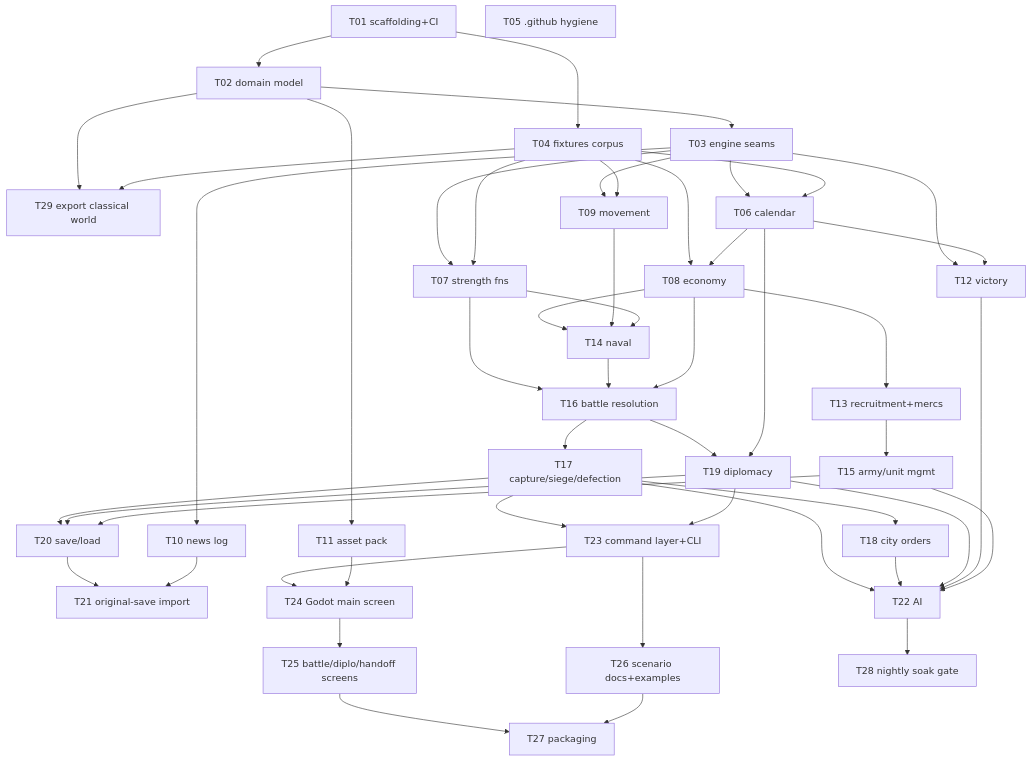
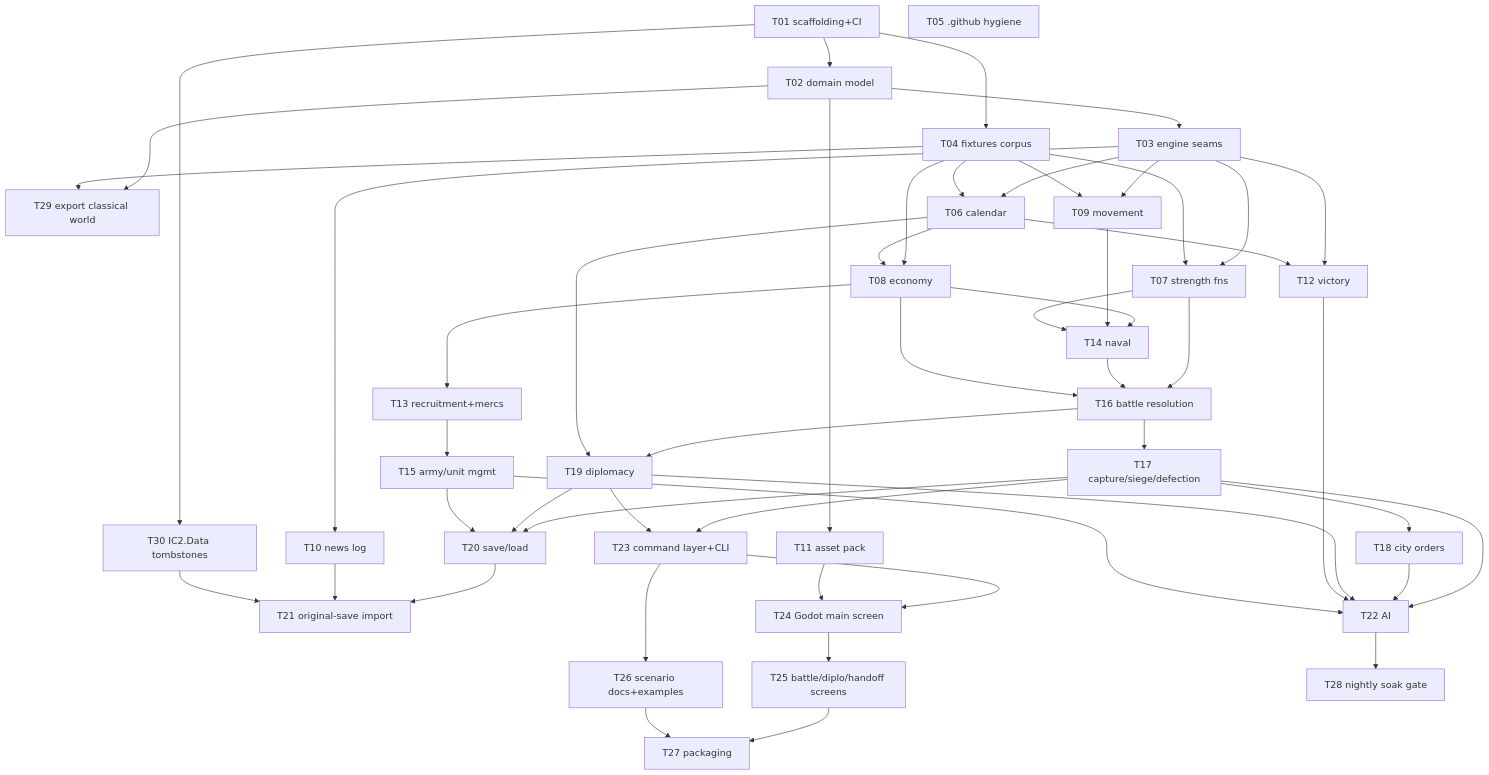
Before and after one commit to diegoami/imperial_conquest_2: the diagram in docs/build-orchestration-plan.md, drawn with Mermaid. The commit also changed other lines of this file, not shown here.

````diff
--- a/docs/build-orchestration-plan.md
+++ b/docs/build-orchestration-plan.md
@@ -154,57 +154,59 @@
 ```mermaid
 graph TD
   T01[T01 scaffolding+CI] --> T02[T02 domain model]
   T01 --> T04[T04 fixtures corpus]
   T02 --> T03[T03 engine seams]
   T02 --> T29[T29 export classical world]
   T04 --> T29
+  T01 --> T30[T30 IC2.Data tombstones]
   T05[T05 .github hygiene]
 
   T03 --> T06[T06 calendar]
   T03 --> T07[T07 strength fns]
   T03 --> T09[T09 movement]
   T03 --> T10[T10 news log]
   T02 --> T11[T11 asset pack]
   T03 --> T12[T12 victory]
   T04 --> T06
   T04 --> T07
   T04 --> T08[T08 economy]
   T04 --> T09
   T06 --> T08
   T06 --> T12
 
   T08 --> T13[T13 recruitment+mercs]
   T08 --> T14[T14 naval]
   T09 --> T14
   T07 --> T14
   T13 --> T15[T15 army/unit mgmt]
   T07 --> T16[T16 battle resolution]
   T14 --> T16
   T08 --> T16
 
   T16 --> T17[T17 capture/siege/defection]
   T16 --> T19[T19 diplomacy]
   T06 --> T19
   T17 --> T18[T18 city orders]
   T17 --> T20[T20 save/load]
   T19 --> T20
   T15 --> T20
   T20 --> T21[T21 original-save import]
   T10 --> T21
+  T30 --> T21
 
   T17 --> T22[T22 AI]
   T18 --> T22
   T19 --> T22
   T12 --> T22
   T15 --> T22
 
   T17 --> T23[T23 command layer+CLI]
   T19 --> T23
   T23 --> T24[T24 Godot main screen]
   T11 --> T24
   T24 --> T25[T25 battle/diplo/handoff screens]
   T23 --> T26[T26 scenario docs+examples]
   T22 --> T28[T28 nightly soak gate]
   T25 --> T27[T27 packaging]
   T26 --> T27
 ```
````
